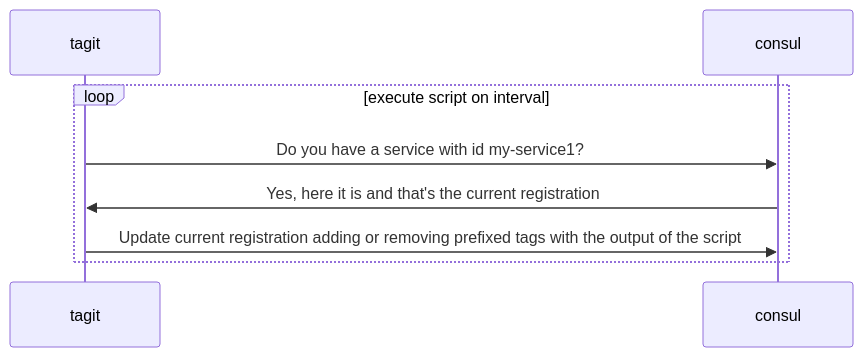
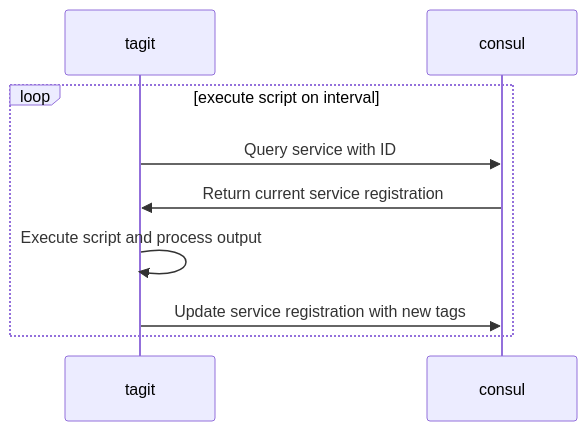
The diagram in README.md (ncode/tagit), drawn with Mermaid before and after one commit. The commit also changed other lines of this file, not shown here.

````diff
--- a/README.md
+++ b/README.md
@@ -72,10 +78,11 @@
 ```mermaid
 sequenceDiagram
     participant tagit
     participant consul
     loop execute script on interval
-        tagit->>consul: Do you have a service with id my-service1?
-        consul->>tagit: Yes, here it is and that's the current registration
-        tagit->>consul: Update current registration adding or removing prefixed tags with the output of the script
+        tagit->>consul: Query service with ID
+        consul->>tagit: Return current service registration
+        tagit->>tagit: Execute script and process output
+        tagit->>consul: Update service registration with new tags
     end
 ```
````
